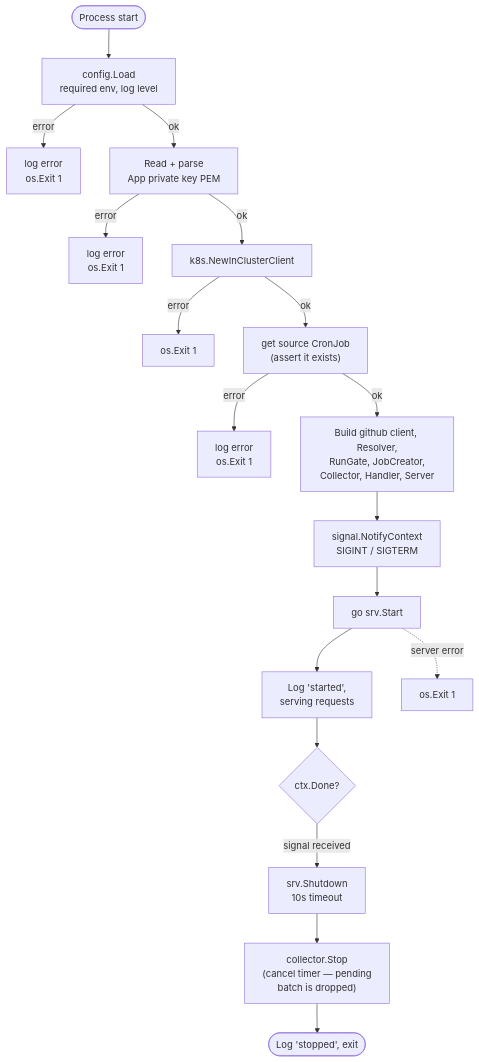
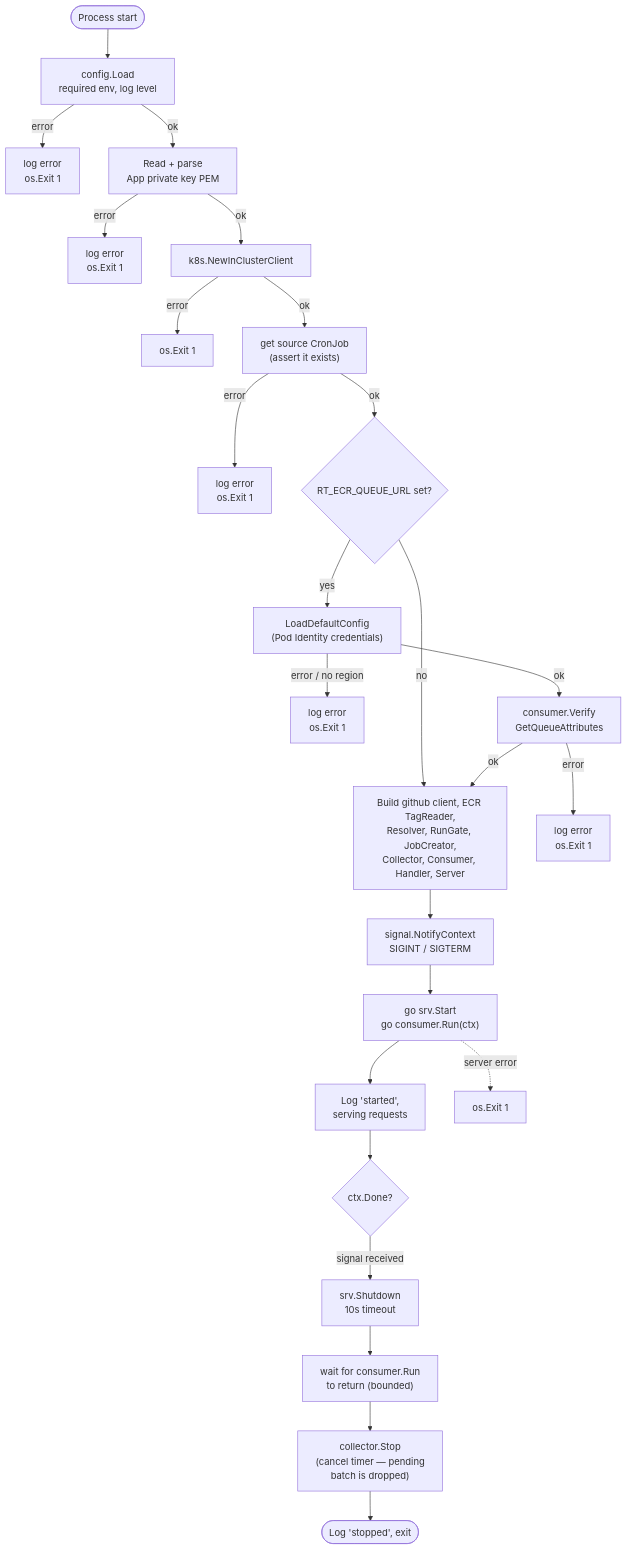
The second of 10 diagrams in WORKFLOWS.md (caseycs/renovate-trigger), drawn with Mermaid before and after one commit. The commit also changed other lines of this file and 46 other files, not shown here.

````diff
--- a/WORKFLOWS.md
+++ b/WORKFLOWS.md
@@ -74,21 +92,29 @@
 ```mermaid
 flowchart TD
     START([Process start]) --> LOAD[config.Load<br/>required env, log level]
     LOAD -->|error| EXIT1[log error<br/>os.Exit 1]
     LOAD -->|ok| KEY[Read + parse<br/>App private key PEM]
     KEY -->|error| EXIT2[log error<br/>os.Exit 1]
     KEY -->|ok| K8S[k8s.NewInClusterClient]
     K8S -->|error| EXIT3[os.Exit 1]
     K8S -->|ok| CJ["get source CronJob<br/>(assert it exists)"]
     CJ -->|error| EXIT4[log error<br/>os.Exit 1]
-    CJ -->|ok| WIRE["Build github client, Resolver,<br/>RunGate, JobCreator,<br/>Collector, Handler, Server"]
+    CJ -->|ok| ECRQ{RT_ECR_QUEUE_URL set?}
+    ECRQ -->|no| WIRE
+    ECRQ -->|yes| AWSCFG["LoadDefaultConfig<br/>(Pod Identity credentials)"]
+    AWSCFG -->|"error / no region"| EXIT6[log error<br/>os.Exit 1]
+    AWSCFG -->|ok| VERQ["consumer.Verify<br/>GetQueueAttributes"]
+    VERQ -->|error| EXIT7[log error<br/>os.Exit 1]
+    VERQ -->|ok| WIRE
+    WIRE["Build github client, ECR TagReader,<br/>Resolver, RunGate, JobCreator,<br/>Collector, Consumer, Handler, Server"]
     WIRE --> SIGCTX[signal.NotifyContext<br/>SIGINT / SIGTERM]
-    SIGCTX --> GO[go srv.Start]
+    SIGCTX --> GO["go srv.Start<br/>go consumer.Run(ctx)"]
     GO --> READY[Log 'started',<br/>serving requests]
     READY --> WAIT{ctx.Done?}
     WAIT -->|signal received| SHUT[srv.Shutdown<br/>10s timeout]
-    SHUT --> STOPCOL["collector.Stop<br/>(cancel timer — pending<br/>batch is dropped)"]
+    SHUT --> WAITCON["wait for consumer.Run<br/>to return (bounded)"]
+    WAITCON --> STOPCOL["collector.Stop<br/>(cancel timer — pending<br/>batch is dropped)"]
     STOPCOL --> DONE([Log 'stopped', exit])
 
     GO -.->|server error| EXIT5[os.Exit 1]
 ```
````
